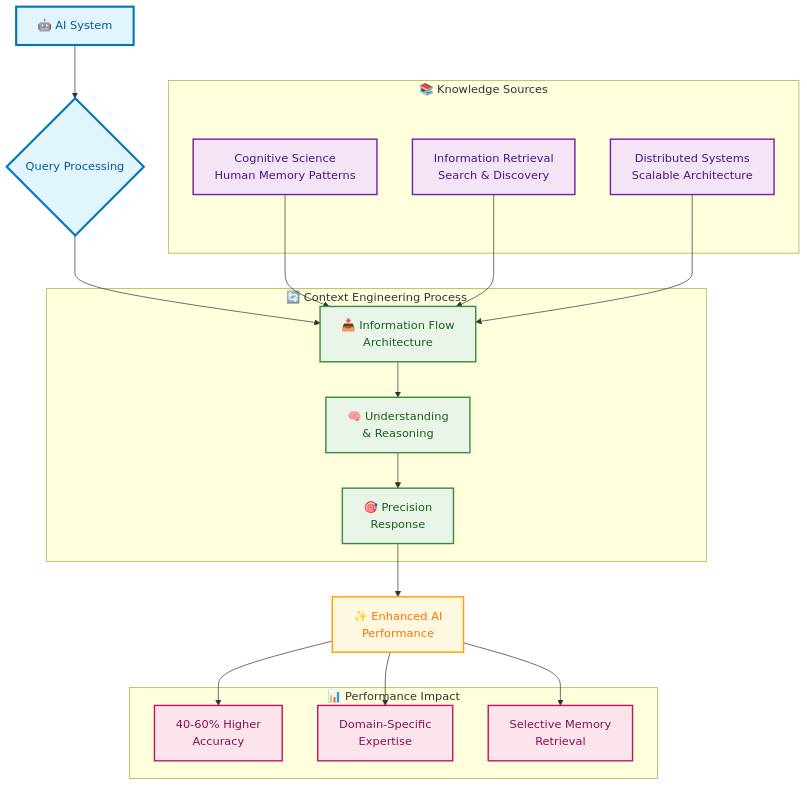
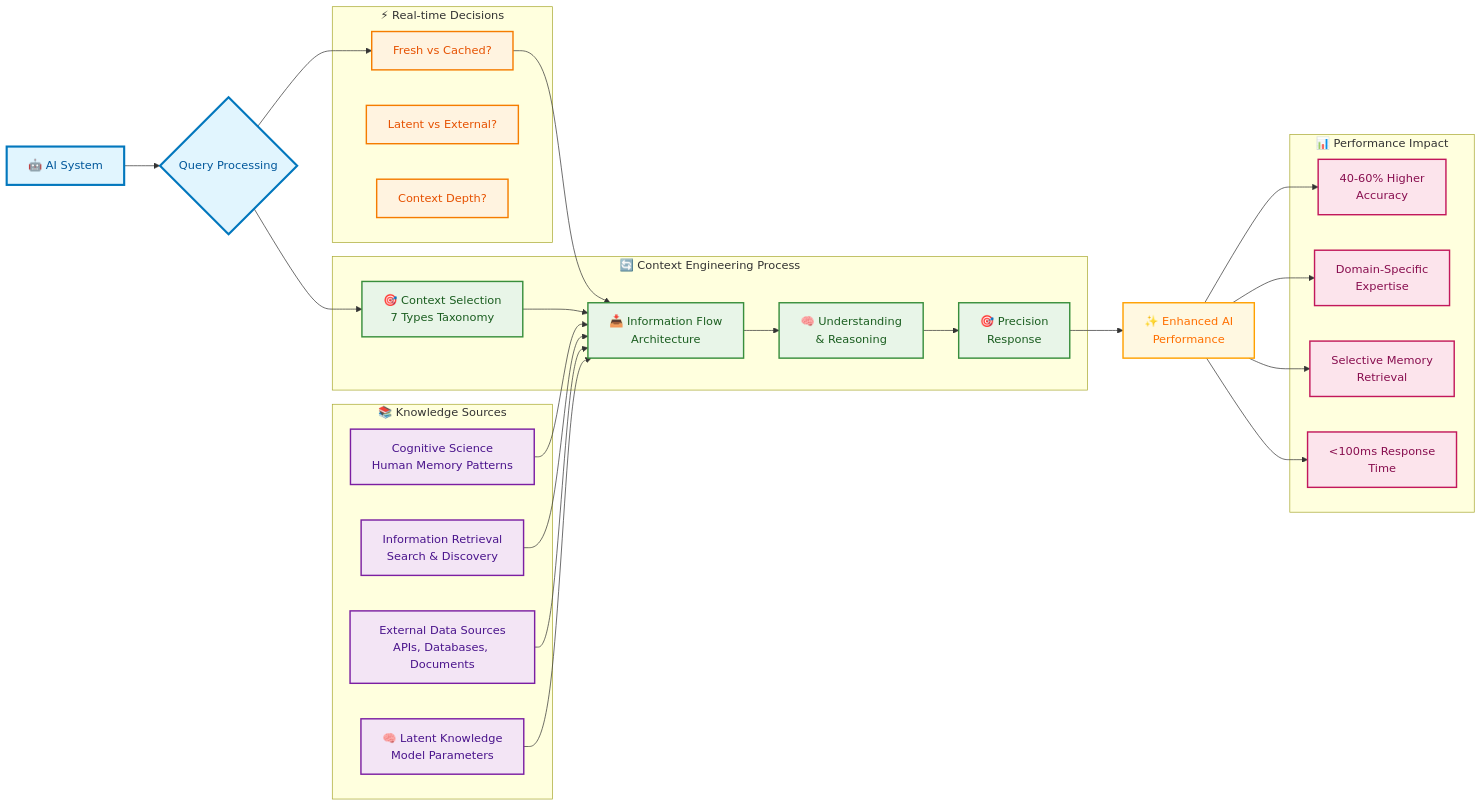
The second of 14 diagrams in 32_context_engineering/03_what_is_context_engineering.md (raphaelmansuy/tutorials), drawn with Mermaid before and after one commit. The commit also changed other lines of this file, not shown here.

Commit message:
Enhance Chapter 3 of Context Engineering tutorial: update flowcharts for improved clarity, add new context types, and refine context engineering process for better understanding.

````diff
--- a/32_context_engineering/03_what_is_context_engineering.md
+++ b/32_context_engineering/03_what_is_context_engineering.md
@@ -71,49 +72,64 @@
 ```mermaid
-flowchart TD
+flowchart LR
     A[🤖 AI System] --> B{Query Processing}
-    
+
     subgraph "📚 Knowledge Sources"
         C[Cognitive Science<br/>Human Memory Patterns]
         D[Information Retrieval<br/>Search & Discovery]
-        E[Distributed Systems<br/>Scalable Architecture]
+        E[External Data Sources<br/>APIs, Databases, Documents]
+        E1[🧠 Latent Knowledge<br/>Model Parameters]
     end
-    
+
     subgraph "🔄 Context Engineering Process"
         F[📥 Information Flow<br/>Architecture]
+        F1[🎯 Context Selection<br/>7 Types Taxonomy]
         G[🧠 Understanding<br/>& Reasoning]
         H[🎯 Precision<br/>Response]
     end
-    
-    B --> F
+
+    subgraph "⚡ Real-time Decisions"
+        R1[Fresh vs Cached?]
+        R2[Latent vs External?]
+        R3[Context Depth?]
+    end
+
+    B --> R1
+    R1 --> F
+    B --> F1
+    F1 --> F
     F --> G
     G --> H
-    
+
     C --> F
     D --> F
     E --> F
-    
+    E1 --> F
+
     H --> I[✨ Enhanced AI<br/>Performance]
-    
+
     subgraph "📊 Performance Impact"
         J[40-60% Higher<br/>Accuracy]
         K[Domain-Specific<br/>Expertise]
         L[Selective Memory<br/>Retrieval]
+        M[<100ms Response<br/>Time]
     end
-    
+
     I --> J
     I --> K
     I --> L
-    
+    I --> M
+
     classDef aiSystem fill:#e1f5fe,stroke:#0277bd,stroke-width:3px,color:#01579b
     classDef knowledge fill:#f3e5f5,stroke:#7b1fa2,stroke-width:2px,color:#4a148c
     classDef process fill:#e8f5e8,stroke:#388e3c,stroke-width:2px,color:#1b5e20
+    classDef decisions fill:#fff3e0,stroke:#f57c00,stroke-width:2px,color:#e65100
     classDef outcome fill:#fff8e1,stroke:#ffa000,stroke-width:2px,color:#ff6f00
     classDef performance fill:#fce4ec,stroke:#c2185b,stroke-width:2px,color:#880e4f
-    
-    class A aiSystem
-    class B aiSystem
-    class C,D,E knowledge
-    class F,G,H process
+
+    class A,B aiSystem
+    class C,D,E,E1 knowledge
+    class F,F1,G,H process
+    class R1,R2,R3 decisions
     class I outcome
-    class J,K,L performance
+    class J,K,L,M performance
 ```
````
